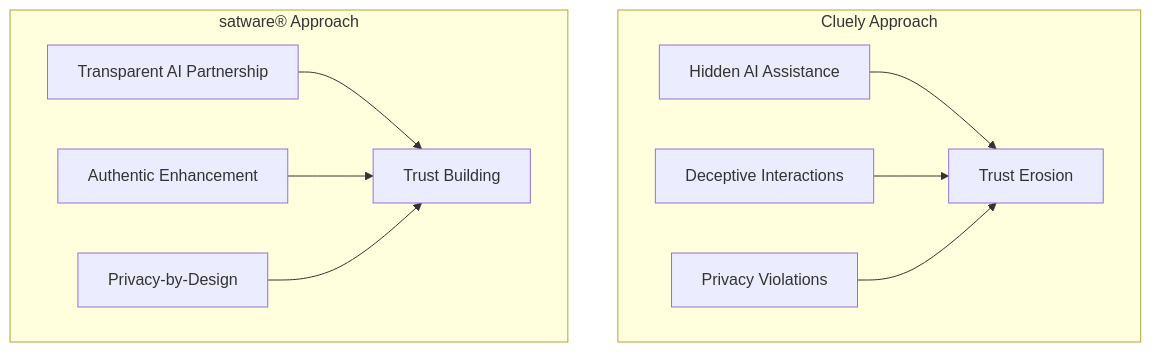
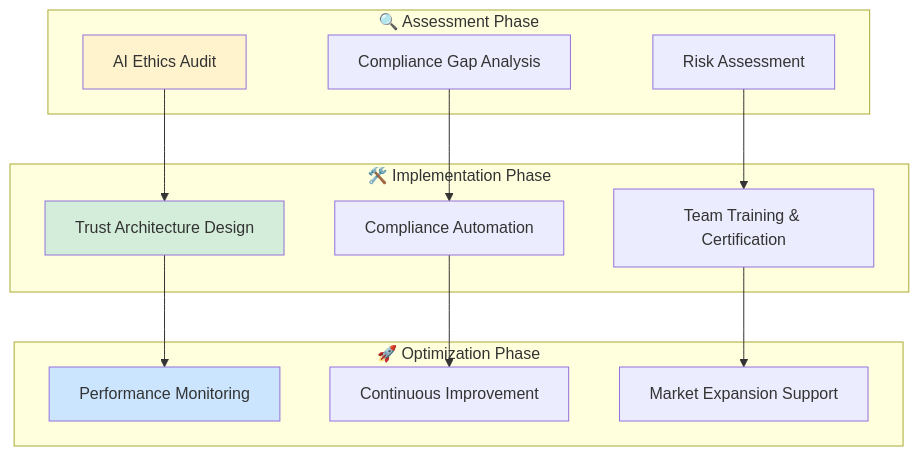
One commit to satwareAG/satware.ai changed the fifth of 6 diagrams in docs/blog/posts/2025-06-23-transparenz-statt-taeuschung-cluely-kontroverse.md. Above: the diagram before and after it, drawn with Mermaid. The commit also changed other lines of this file, not shown here.

````diff
--- a/docs/blog/posts/2025-06-23-transparenz-statt-taeuschung-cluely-kontroverse.md
+++ b/docs/blog/posts/2025-06-23-transparenz-statt-taeuschung-cluely-kontroverse.md
@@ -231,24 +292,31 @@
 ```mermaid
 graph TB
-    subgraph "Cluely Approach"
-        A1[Hidden AI Assistance]
-        A2[Deceptive Interactions]
-        A3[Privacy Violations]
-        A4[Trust Erosion]
+    subgraph "🔍 Assessment Phase"
+        A[AI Ethics Audit]
+        B[Compliance Gap Analysis]
+        C[Risk Assessment]
     end
     
-    subgraph "satware® Approach"
-        B1[Transparent AI Partnership]
-        B2[Authentic Enhancement]
-        B3[Privacy-by-Design]
-        B4[Trust Building]
+    subgraph "🛠️ Implementation Phase"
+        D[Trust Architecture Design]
+        E[Compliance Automation]
+        F[Team Training & Certification]
     end
     
-    A1 --> A4
-    A2 --> A4
-    A3 --> A4
+    subgraph "🚀 Optimization Phase"
+        G[Performance Monitoring]
+        H[Continuous Improvement]
+        I[Market Expansion Support]
+    end
     
-    B1 --> B4
-    B2 --> B4
-    B3 --> B4
+    A --> D
+    B --> E
+    C --> F
+    D --> G
+    E --> H
+    F --> I
+    
+    style A fill:#fff3cd
+    style D fill:#d4edda
+    style G fill:#cce5ff
 ```
````
